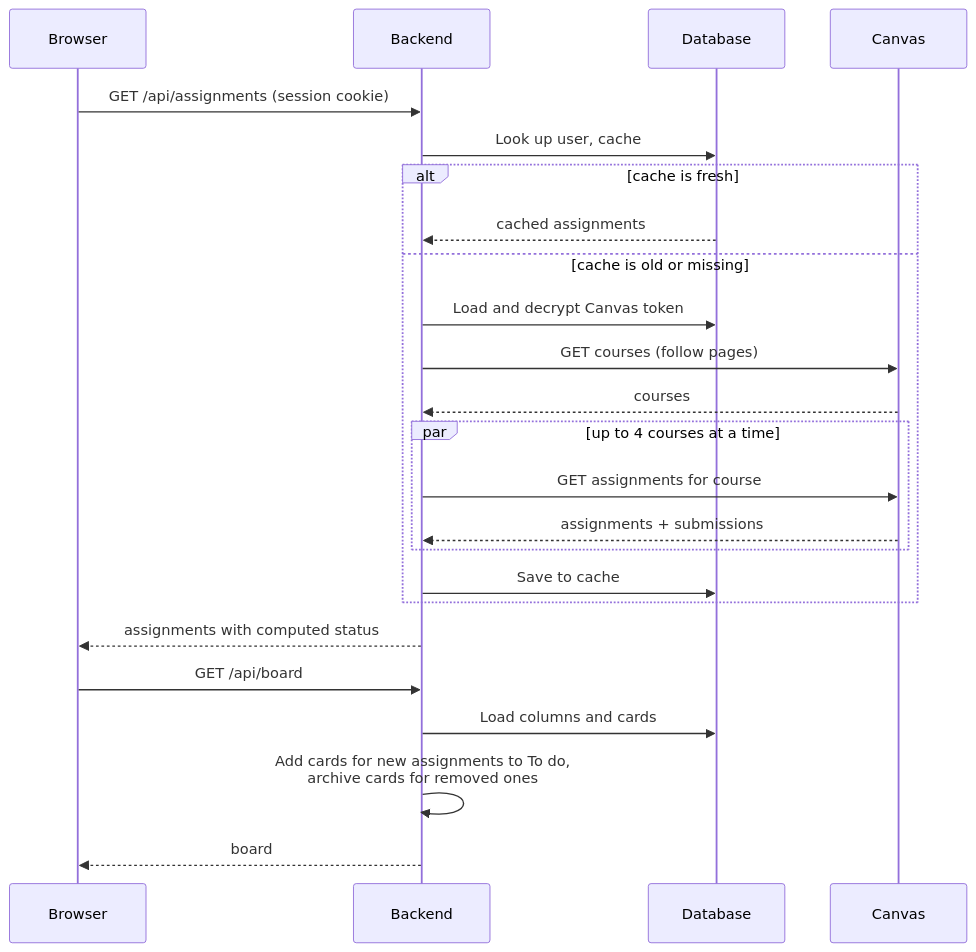
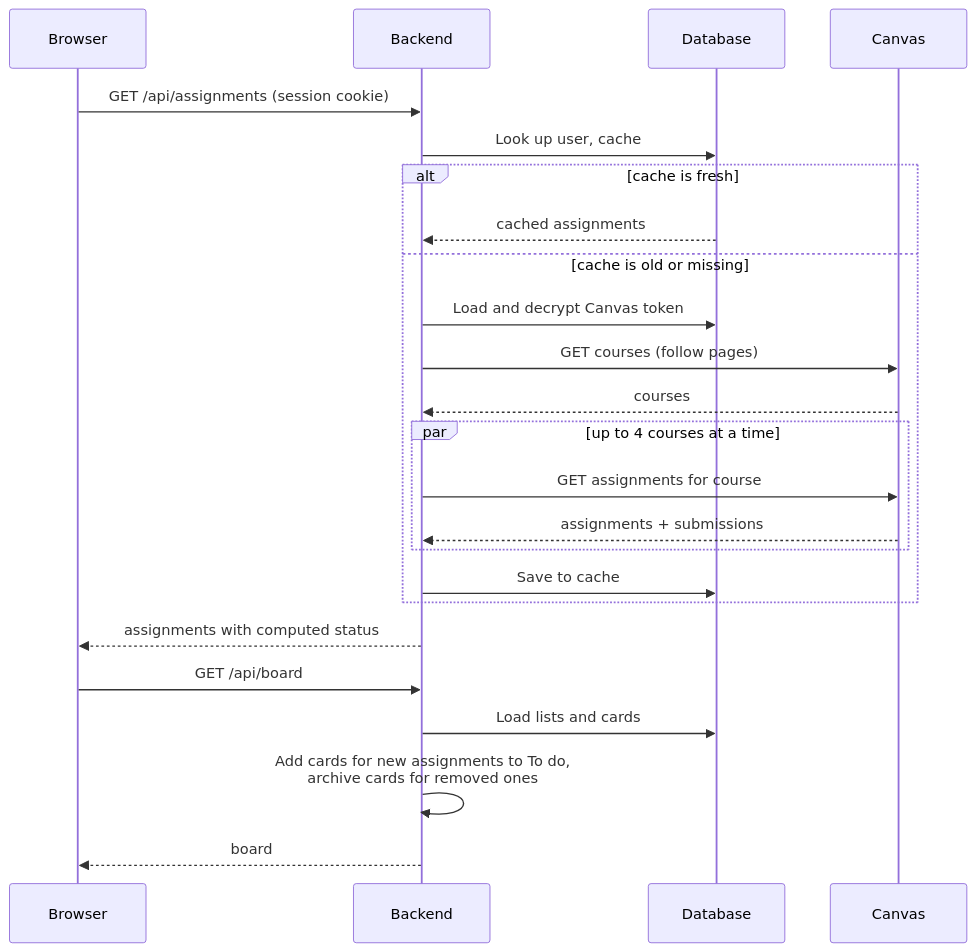
One commit to bbranton/TestProj changed the fifth of 6 diagrams in docs/canvas-portal/03-design.md. Above: the diagram before and after it, drawn with Mermaid. The commit also changed other lines of this file and 5 other files, not shown here.

````diff
--- a/docs/canvas-portal/03-design.md
+++ b/docs/canvas-portal/03-design.md
@@ -262,27 +310,27 @@
 ```mermaid
 sequenceDiagram
     participant B as Browser
     participant A as Backend
     participant D as Database
     participant C as Canvas
 
     B->>A: GET /api/assignments (session cookie)
     A->>D: Look up user, cache
     alt cache is fresh
         D-->>A: cached assignments
     else cache is old or missing
         A->>D: Load and decrypt Canvas token
         A->>C: GET courses (follow pages)
         C-->>A: courses
         par up to 4 courses at a time
             A->>C: GET assignments for course
             C-->>A: assignments + submissions
         end
         A->>D: Save to cache
     end
     A-->>B: assignments with computed status
     B->>A: GET /api/board
-    A->>D: Load columns and cards
+    A->>D: Load lists and cards
     A->>A: Add cards for new assignments to To do,<br/>archive cards for removed ones
     A-->>B: board
 ```
````
